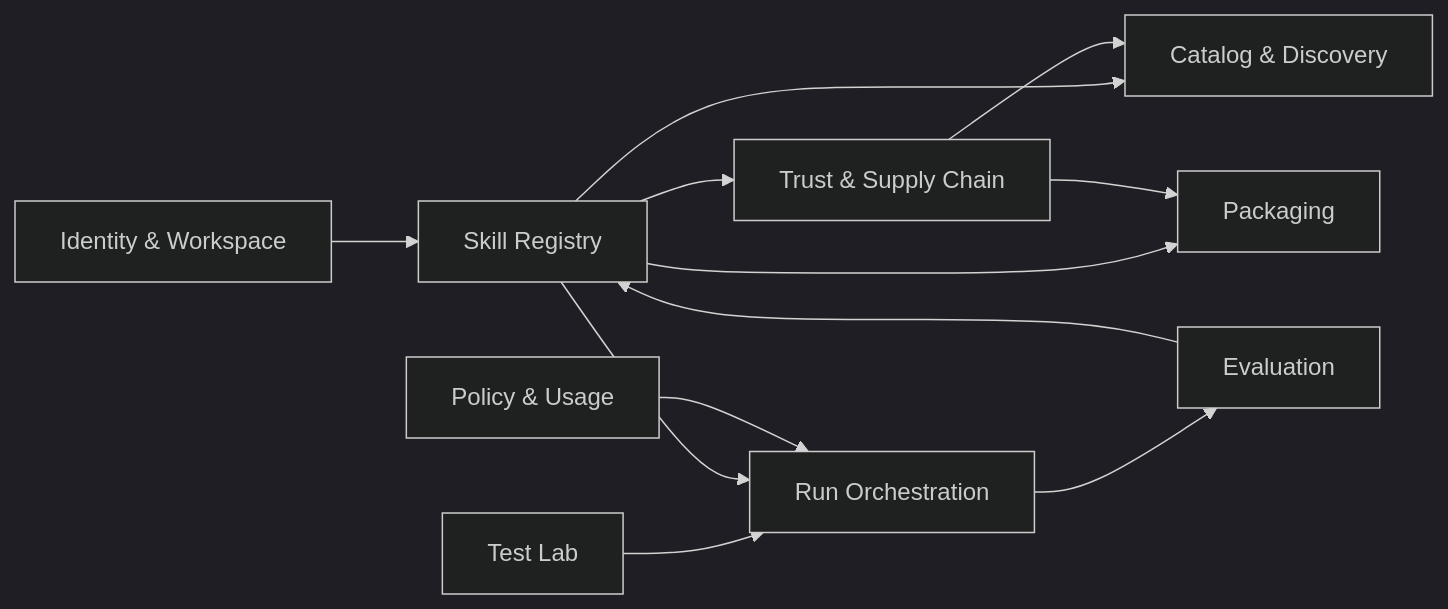
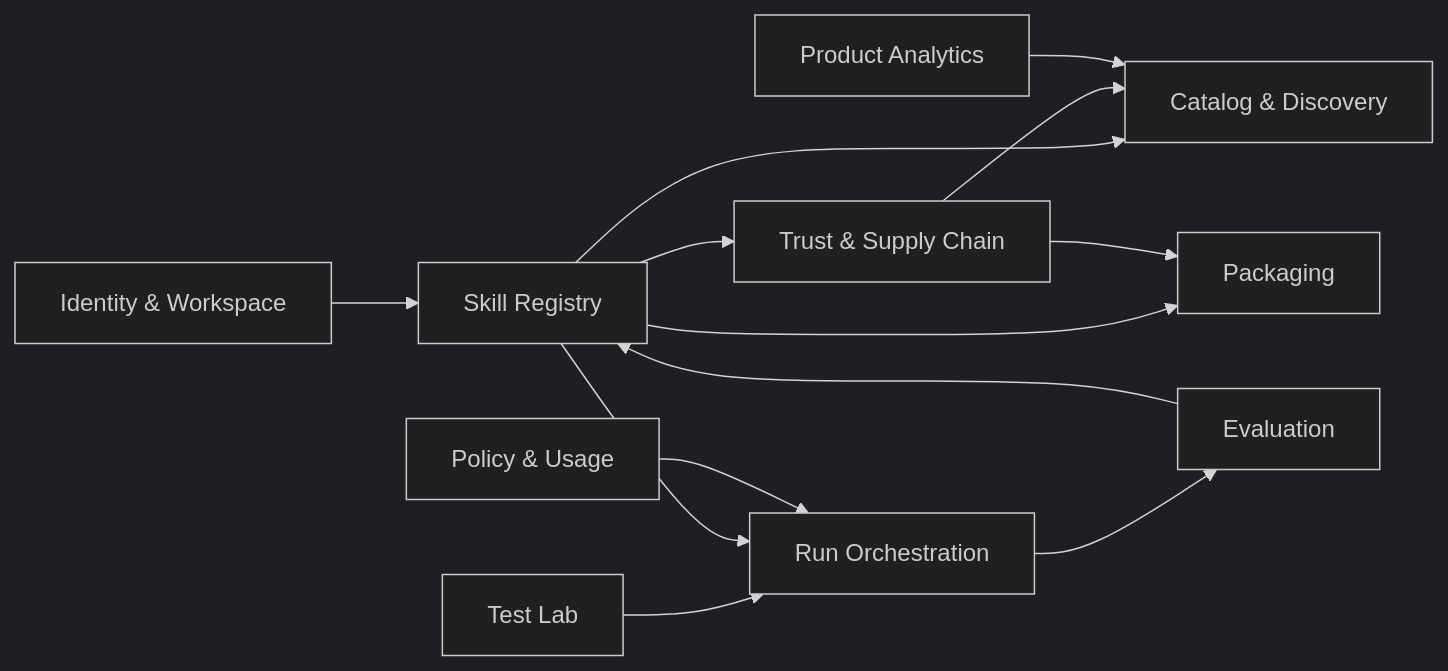
One commit to ArthurC02/SkillHub changed the diagram in docs/adr/ADR-002-domain-boundaries-and-ownership.md. Above: the diagram before and after it, drawn with Mermaid (dark theme). The commit also changed other lines of this file and 4 other files, not shown here.

````diff
--- a/docs/adr/ADR-002-domain-boundaries-and-ownership.md
+++ b/docs/adr/ADR-002-domain-boundaries-and-ownership.md
@@ -93,14 +123,15 @@
 ```mermaid
 flowchart LR
     Identity["Identity & Workspace"] --> Registry["Skill Registry"]
     Registry --> Trust["Trust & Supply Chain"]
     Registry --> Catalog["Catalog & Discovery"]
     Trust --> Catalog
     Lab["Test Lab"] --> Run["Run Orchestration"]
     Registry --> Run
     Policy["Policy & Usage"] --> Run
+    Analytics["Product Analytics"] --> Catalog
     Run --> Eval["Evaluation"]
     Eval --> Registry
     Registry --> Pack["Packaging"]
     Trust --> Pack
 ```
````
